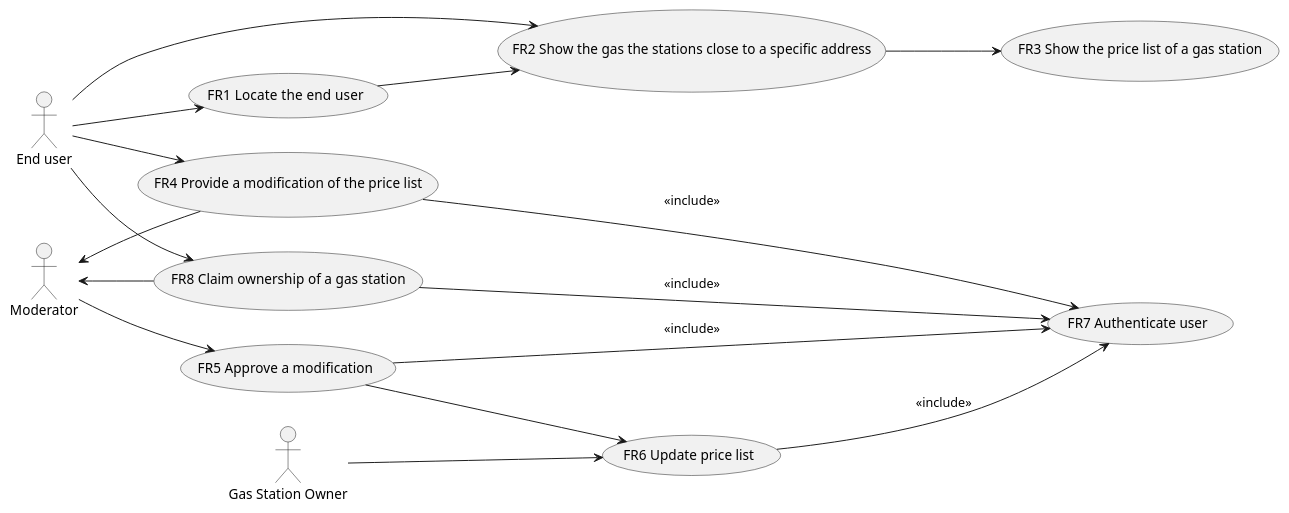
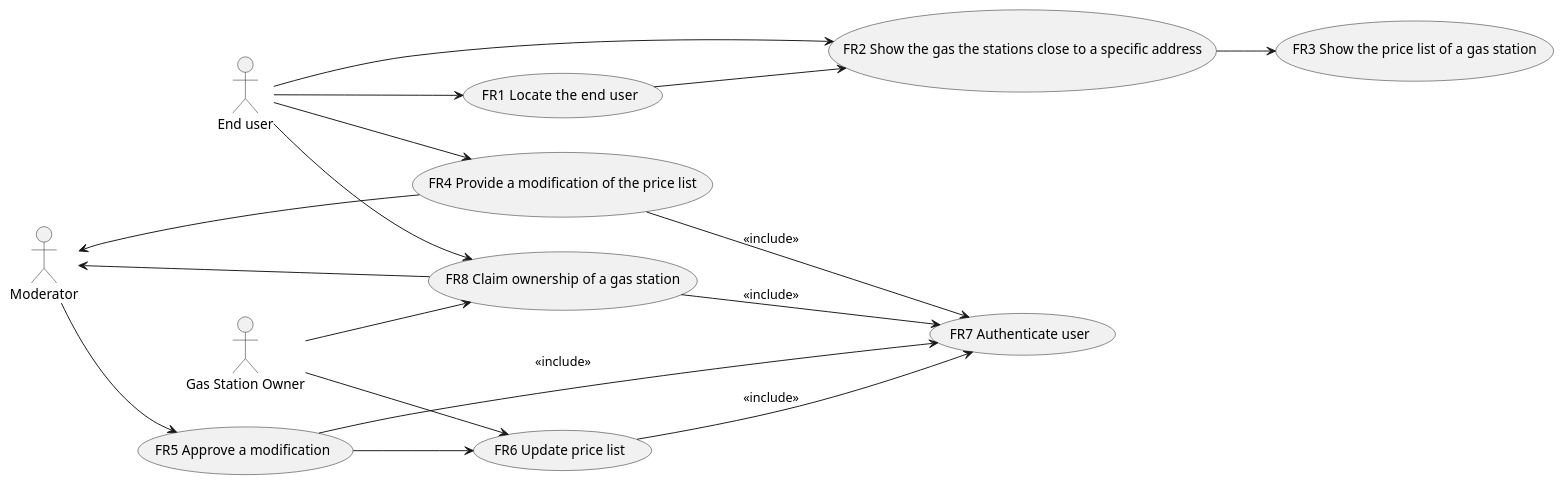
One commit to SoftengPoliTo/Lab2 changed the second of 2 diagrams in REQ_s269679.md. Above: the diagram before and after it, drawn with PlantUML. The commit also changed other lines of this file, not shown here.

Commit message:
Updated the use case diagram and the use case section, even the gas station owner can claim the ownership a gas station

````diff
--- a/REQ_s269679.md
+++ b/REQ_s269679.md
@@ -91,21 +91,22 @@
 ```plantuml
 left to right direction
 actor "End user" as u
 actor "Moderator" as m
 actor "Gas Station Owner" as go
 u --> (FR1  Locate the end user)
 u --> (FR2 Show the gas the stations close to a specific address)
 (FR1  Locate the end user) --> (FR2 Show the gas the stations close to a specific address)
 (FR2 Show the gas the stations close to a specific address) --> (FR3 Show the price list of a gas station)
 u --> (FR4 Provide a modification of the price list)
 (FR4 Provide a modification of the price list) --> (FR7 Authenticate user) : <<include>>
 u --> (FR8 Claim ownership of a gas station)
 (FR8 Claim ownership of a gas station) --> (FR7 Authenticate user) : <<include>>
 m <-- (FR8 Claim ownership of a gas station)
 m <-- (FR4 Provide a modification of the price list)
 m --> (FR5 Approve a modification)
 (FR5 Approve a modification) --> (FR7 Authenticate user) : <<include>>
 (FR5 Approve a modification) --> (FR6 Update price list)
 (FR6 Update price list) --> (FR7 Authenticate user) : <<include>>
 go --> (FR6 Update price list)
+go --> (FR8 Claim ownership of a gas station)
 ```
````
